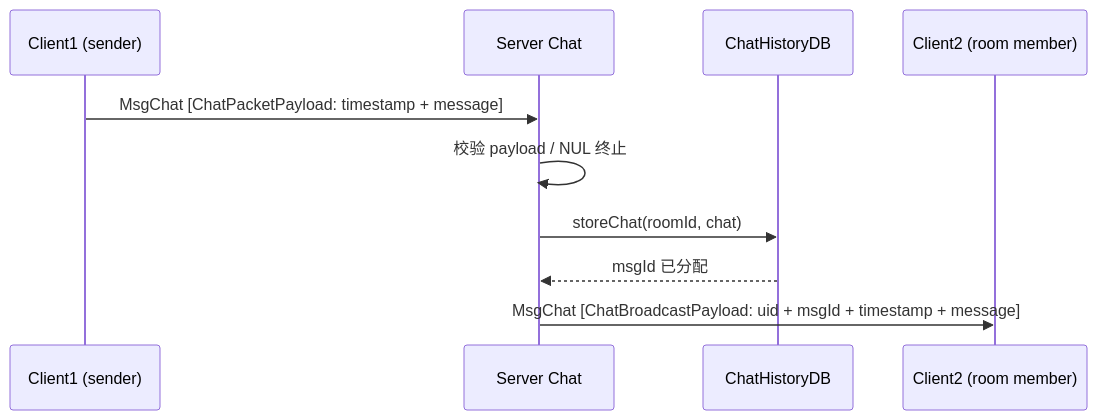
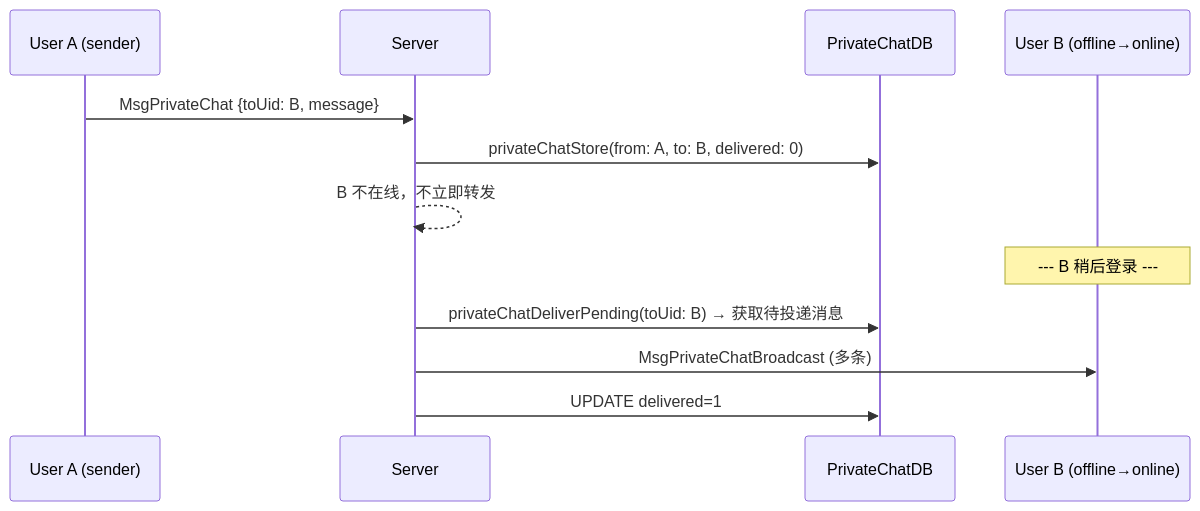
Before and after one commit to WinstonMeursault/PacPlay: diagram 14 of 32 in docs/API.md, drawn with Mermaid. The commit also changed other lines of this file and 60 other files, not shown here.

````diff
--- a/docs/API.md
+++ b/docs/API.md
@@ -1600,13 +1619,17 @@
 ```mermaid
 sequenceDiagram
-    participant C1 as Client1 (sender)
-    participant S as Server Chat
-    participant DB as ChatHistoryDB
-    participant C2 as Client2 (room member)
+    participant A as User A (sender)
+    participant S as Server
+    participant DB as PrivateChatDB
+    participant B as User B (offline→online)
 
-    C1->>S: MsgChat [ChatPacketPayload: timestamp + message]
-    S->>S: 校验 payload / NUL 终止
-    S->>DB: storeChat(roomId, chat)
-    DB-->>S: msgId 已分配
-    S->>C2: MsgChat [ChatBroadcastPayload: uid + msgId + timestamp + message]
+    A->>S: MsgPrivateChat {toUid: B, message}
+    S->>DB: privateChatStore(from: A, to: B, delivered: 0)
+    S-->>S: B 不在线，不立即转发
+
+    Note over B: --- B 稍后登录 ---
+
+    S->>DB: privateChatDeliverPending(toUid: B) → 获取待投递消息
+    S->>B: MsgPrivateChatBroadcast (多条)
+    S->>DB: UPDATE delivered=1
 ```
````
